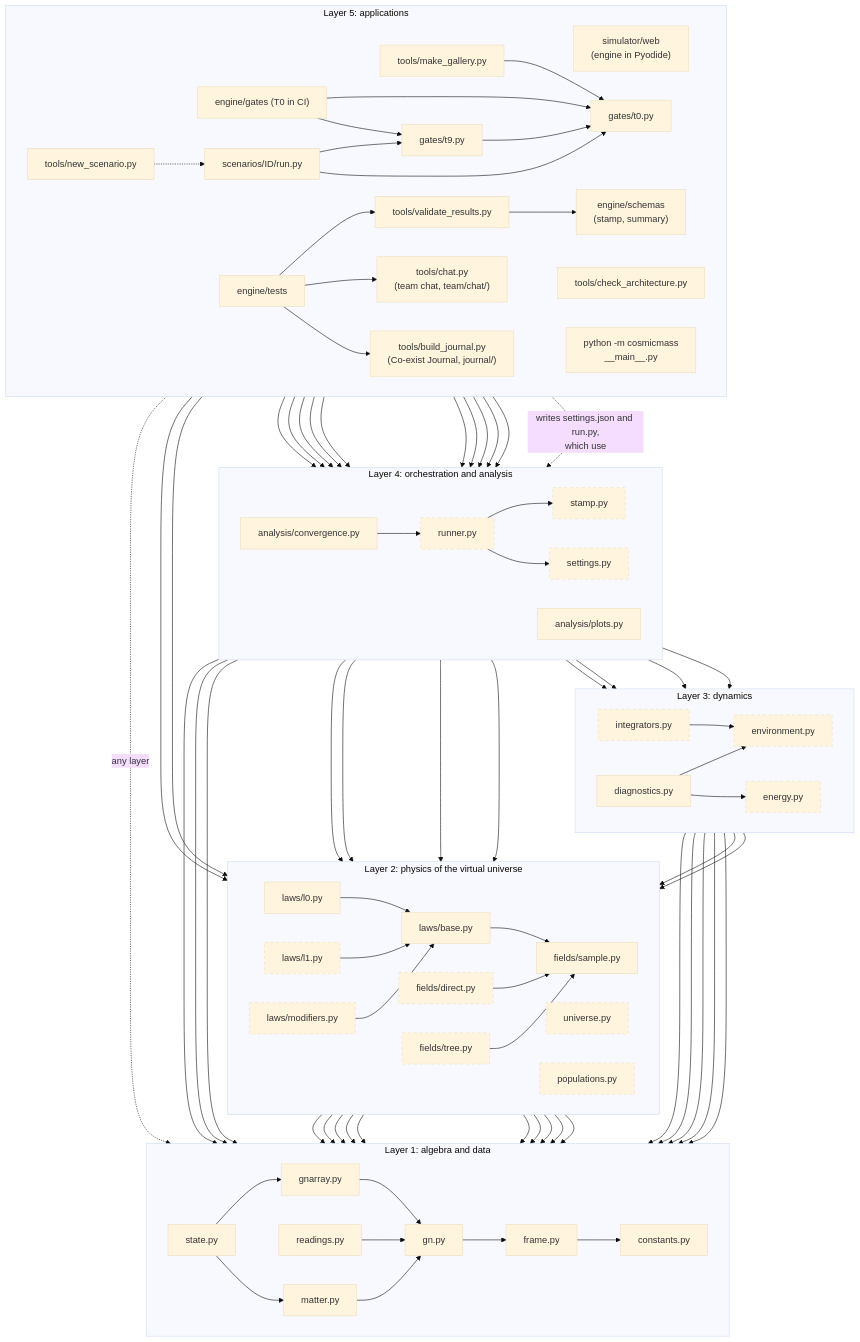
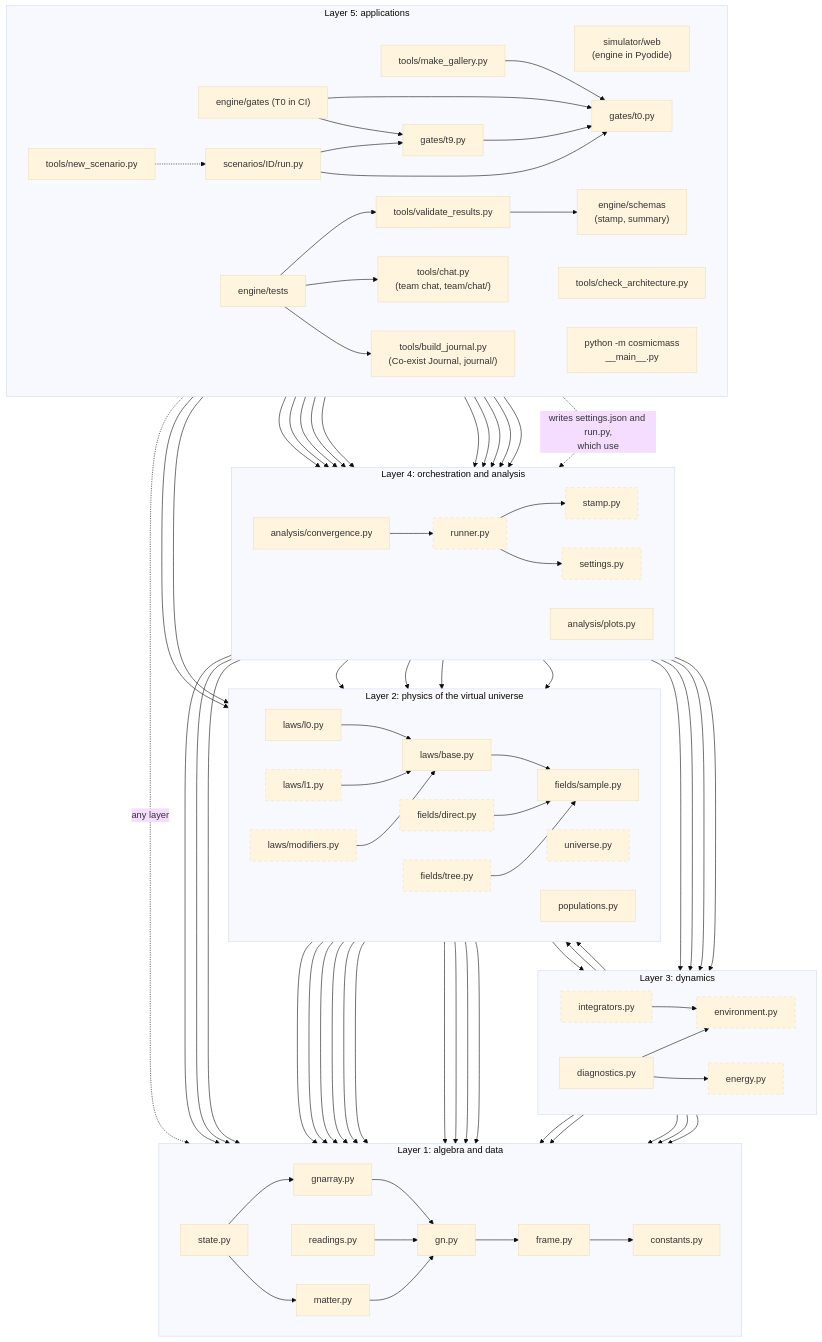
Before and after one commit to isaacmindx-collab/cosmic-mass-lab: the second of 8 diagrams in ARCHITECTURE.md, drawn with Mermaid (base theme). The commit also changed other lines of this file and 9 other files, not shown here.

Commit message:
E5.4: seeded populations (box, shell, ring; thermal, bulk, Keplerian; super-particles); settings key populations; ARCHITECTURE.md (D18)

```diff
--- a/ARCHITECTURE.md
+++ b/ARCHITECTURE.md
@@ -185,7 +185,7 @@
         l1["laws/l1.py"]:::planned
         modifiers["laws/modifiers.py"]:::planned
         universe["universe.py"]:::planned
-        populations["populations.py"]:::planned
+        populations["populations.py"]
     end
 
     subgraph L1["Layer 1: algebra and data"]
@@ -265,6 +265,7 @@
     universe --> frame
     populations --> matter
     populations --> state
+    populations --> environment
     gnarray --> gn
     gn --> frame
     readings --> gn
```
